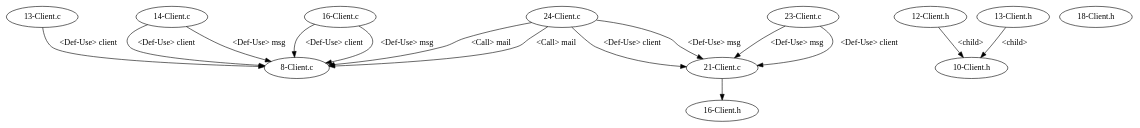
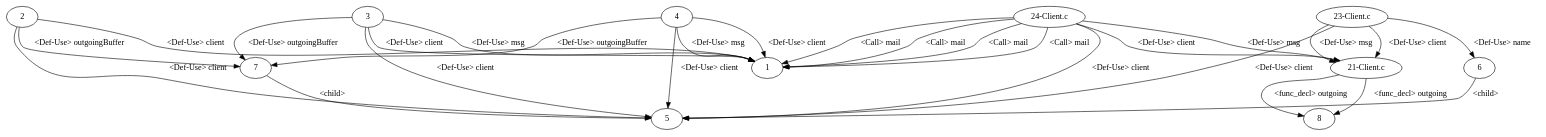
One commit to shuiblue/JDimeForCpp changed the diagram in testcpp/dependencyGraph/EmailSystem/test_11/graph.gv. Above: the diagram before and after it, drawn with Graphviz. The commit also changed 11 other files, not shown here.

```diff
--- a/testcpp/dependencyGraph/EmailSystem/test_11/graph.gv
+++ b/testcpp/dependencyGraph/EmailSystem/test_11/graph.gv
@@ -1,28 +1,31 @@
 digraph {
-1 [label = "8-Client.c"];
-2 [label = "13-Client.c"];
+2 -> 5[label="<Def-Use> client"];
 2 -> 1[label="<Def-Use> client"];
-3 [label = "14-Client.c"];
+2 -> 7[label="<Def-Use> outgoingBuffer"];
+3 -> 5[label="<Def-Use> client"];
 3 -> 1[label="<Def-Use> client"];
+3 -> 7[label="<Def-Use> outgoingBuffer"];
 3 -> 1[label="<Def-Use> msg"];
-4 [label = "16-Client.c"];
+4 -> 5[label="<Def-Use> client"];
 4 -> 1[label="<Def-Use> client"];
+4 -> 7[label="<Def-Use> outgoingBuffer"];
 4 -> 1[label="<Def-Use> msg"];
-5 [label = "21-Client.c"];
-6 [label = "23-Client.c"];
-6 -> 5[label="<Def-Use> msg"];
-6 -> 5[label="<Def-Use> client"];
-7 [label = "24-Client.c"];
-7 -> 1[label="<Call> mail"];
-7 -> 5[label="<Def-Use> client"];
-7 -> 5[label="<Def-Use> msg"];
-8 [label = "10-Client.h"];
-9 [label = "12-Client.h"];
-10 [label = "13-Client.h"];
-9 -> 8[label="<child>"];
-10 -> 8[label="<child>"];
-11 [label = "16-Client.h"];
-12 [label = "18-Client.h"];
-7 -> 1[label="<Call> mail"];
-5 -> 11[label=""];
+10 [label = "21-Client.c"];
+11 [label = "23-Client.c"];
+11 -> 10[label="<Def-Use> msg"];
+11 -> 5[label="<Def-Use> client"];
+11 -> 10[label="<Def-Use> client"];
+11 -> 6[label="<Def-Use> name"];
+12 [label = "24-Client.c"];
+12 -> 1[label="<Call> mail"];
+12 -> 1[label="<Call> mail"];
+12 -> 5[label="<Def-Use> client"];
+12 -> 10[label="<Def-Use> client"];
+12 -> 10[label="<Def-Use> msg"];
+6 -> 5[label="<child>"];
+7 -> 5[label="<child>"];
+12 -> 1[label="<Call> mail"];
+12 -> 1[label="<Call> mail"];
+10 -> 8[label="<func_decl> outgoing"];
+10 -> 8[label="<func_decl> outgoing"];
 }
```
